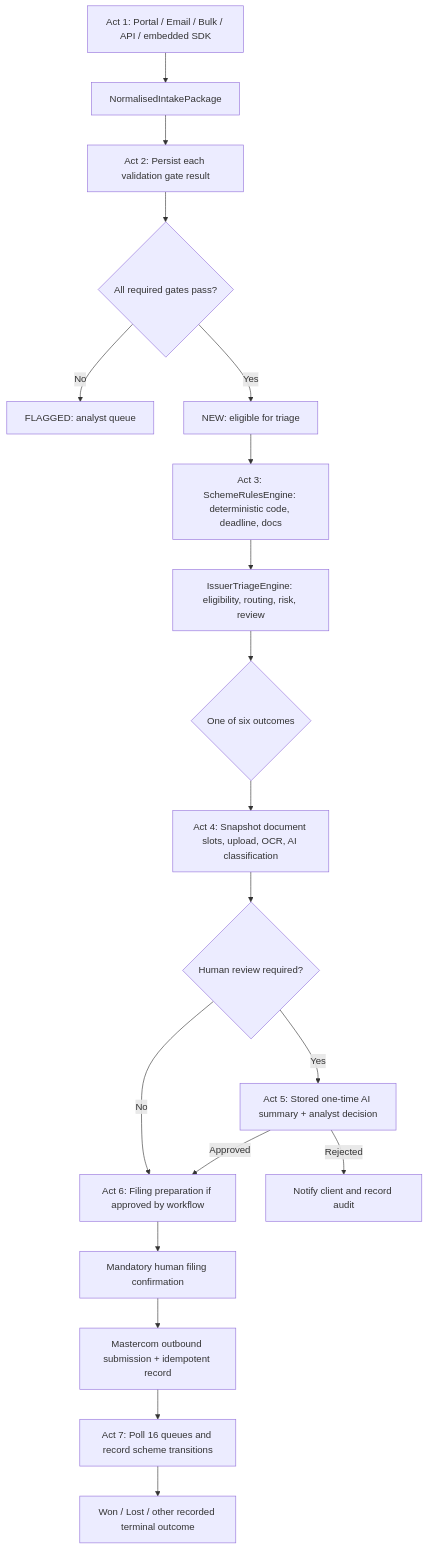
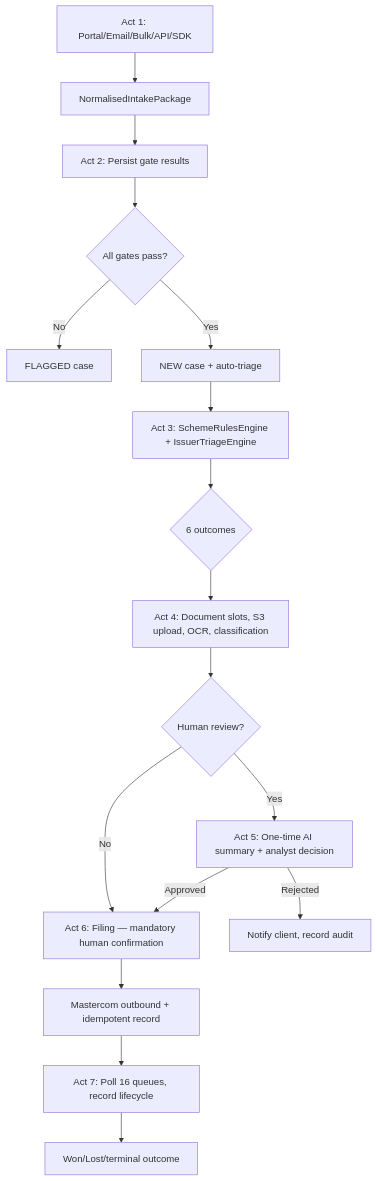
One commit to pradeep-padmanabhan/Chargeback-API changed the second of 2 diagrams in docs/CHARGEBACK_FRONTEND_BACKEND_AI_COMMON.md. Above: the diagram before and after it, drawn with Mermaid. The commit also changed other lines of this file and 3 other files, not shown here.

````diff
--- a/docs/CHARGEBACK_FRONTEND_BACKEND_AI_COMMON.md
+++ b/docs/CHARGEBACK_FRONTEND_BACKEND_AI_COMMON.md
@@ -324,21 +290,19 @@
 ```mermaid
 flowchart TD
-  A[Act 1: Portal / Email / Bulk / API / embedded SDK] --> B[NormalisedIntakePackage]
-  B --> C[Act 2: Persist each validation gate result]
-  C --> D{All required gates pass?}
-  D -- No --> E[FLAGGED: analyst queue]
-  D -- Yes --> F[NEW: eligible for triage]
-  F --> G[Act 3: SchemeRulesEngine: deterministic code, deadline, docs]
-  G --> H[IssuerTriageEngine: eligibility, routing, risk, review]
-  H --> I{One of six outcomes}
-  I --> J[Act 4: Snapshot document slots, upload, OCR, AI classification]
-  J --> K{Human review required?}
-  K -- Yes --> L[Act 5: Stored one-time AI summary + analyst decision]
-  K -- No --> M[Act 6: Filing preparation if approved by workflow]
+  A[Act 1: Portal/Email/Bulk/API/SDK] --> B[NormalisedIntakePackage]
+  B --> C[Act 2: Persist gate results]
+  C --> D{All gates pass?}
+  D -- No --> E[FLAGGED case]
+  D -- Yes --> F[NEW case + auto-triage]
+  F --> G[Act 3: SchemeRulesEngine + IssuerTriageEngine]
+  G --> I{6 outcomes}
+  I --> J[Act 4: Document slots, S3 upload, OCR, classification]
+  J --> K{Human review?}
+  K -- Yes --> L[Act 5: One-time AI summary + analyst decision]
+  K -- No --> M[Act 6: Filing — mandatory human confirmation]
   L -- Approved --> M
-  L -- Rejected --> N[Notify client and record audit]
-  M --> O[Mandatory human filing confirmation]
-  O --> P[Mastercom outbound submission + idempotent record]
-  P --> Q[Act 7: Poll 16 queues and record scheme transitions]
-  Q --> R[Won / Lost / other recorded terminal outcome]
+  L -- Rejected --> N[Notify client, record audit]
+  M --> P[Mastercom outbound + idempotent record]
+  P --> Q[Act 7: Poll 16 queues, record lifecycle]
+  Q --> R[Won/Lost/terminal outcome]
 ```
````
